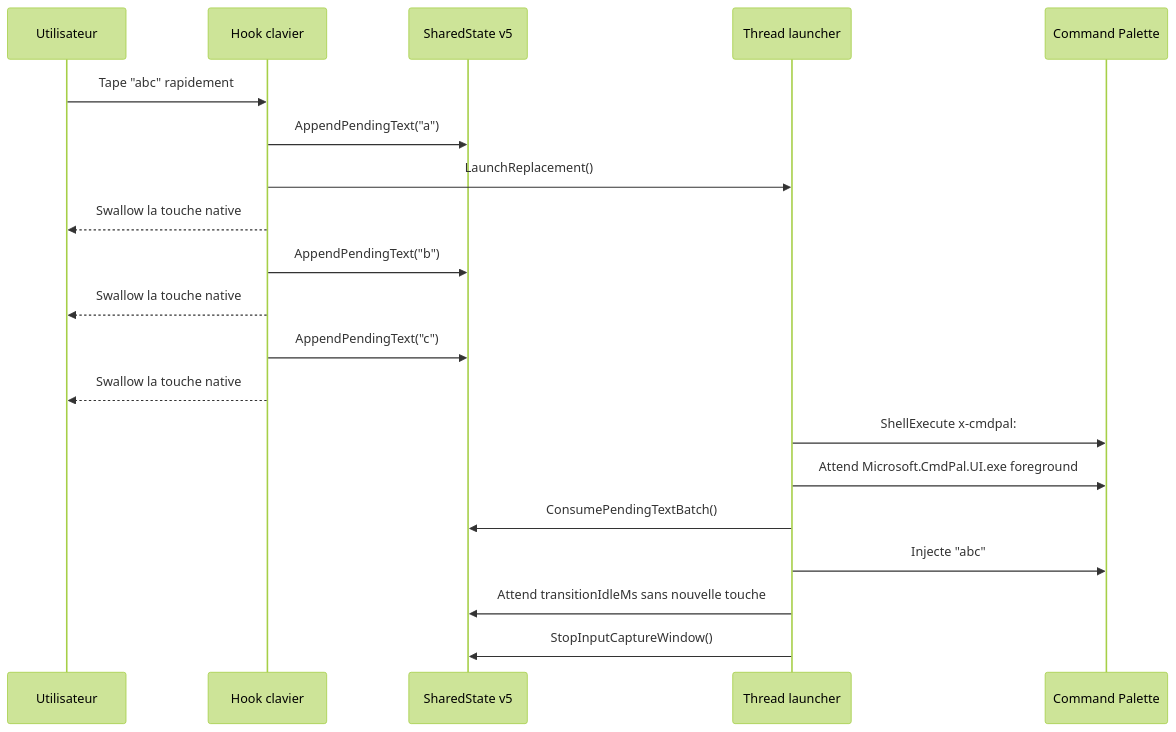
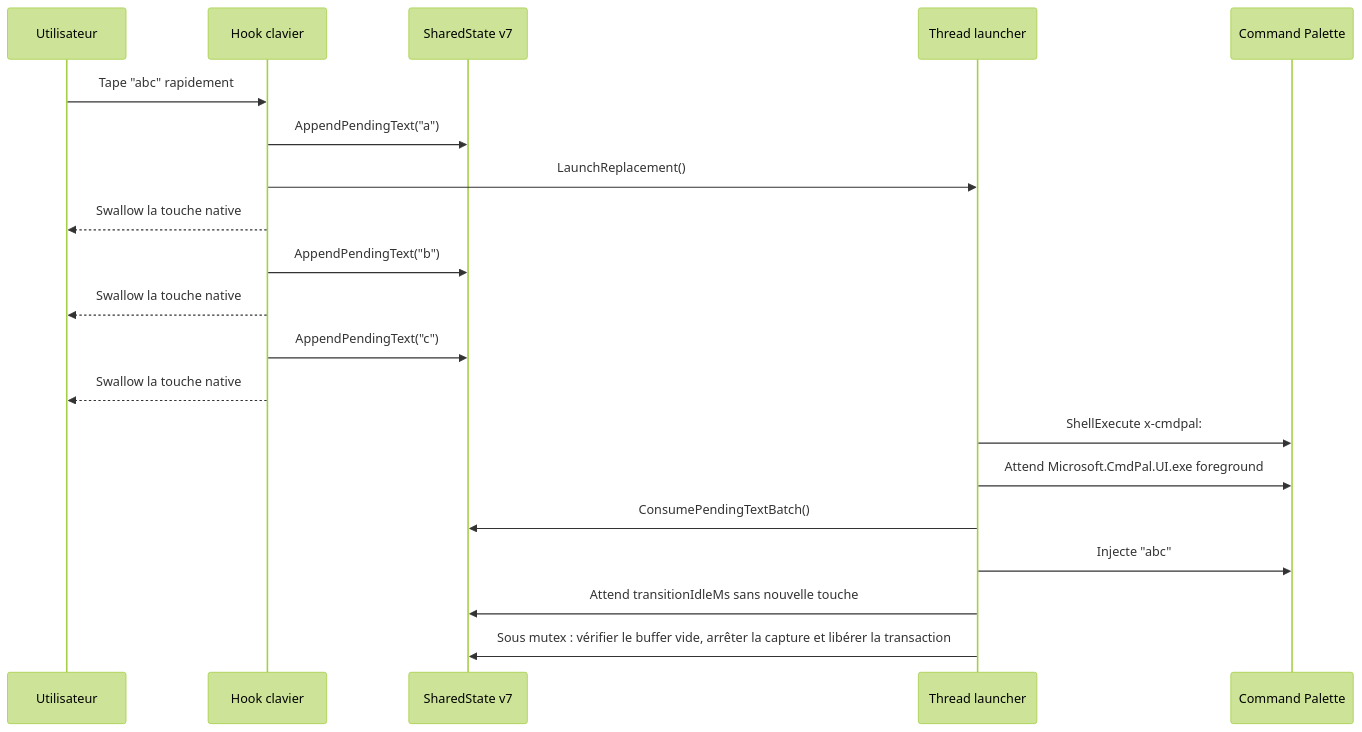
One commit to Fefedu973/Windows-Search-Redirector changed the second of 5 diagrams in README.fr.md. Above: the diagram before and after it, drawn with Mermaid (forest theme). The commit also changed other lines of this file and 10 other files, not shown here.

````diff
--- a/README.fr.md
+++ b/README.fr.md
@@ -85,23 +85,23 @@
 ```mermaid
 sequenceDiagram
     participant U as Utilisateur
     participant K as Hook clavier
-    participant S as SharedState v5
+    participant S as SharedState v7
     participant L as Thread launcher
     participant C as Command Palette
 
     U->>K: Tape "abc" rapidement
     K->>S: AppendPendingText("a")
     K->>L: LaunchReplacement()
     K-->>U: Swallow la touche native
     K->>S: AppendPendingText("b")
     K-->>U: Swallow la touche native
     K->>S: AppendPendingText("c")
     K-->>U: Swallow la touche native
     L->>C: ShellExecute x-cmdpal:
     L->>C: Attend Microsoft.CmdPal.UI.exe foreground
     L->>S: ConsumePendingTextBatch()
     L->>C: Injecte "abc"
     L->>S: Attend transitionIdleMs sans nouvelle touche
-    L->>S: StopInputCaptureWindow()
+    L->>S: Sous mutex : vérifier le buffer vide, arrêter la capture et libérer la transaction
 ```
````
